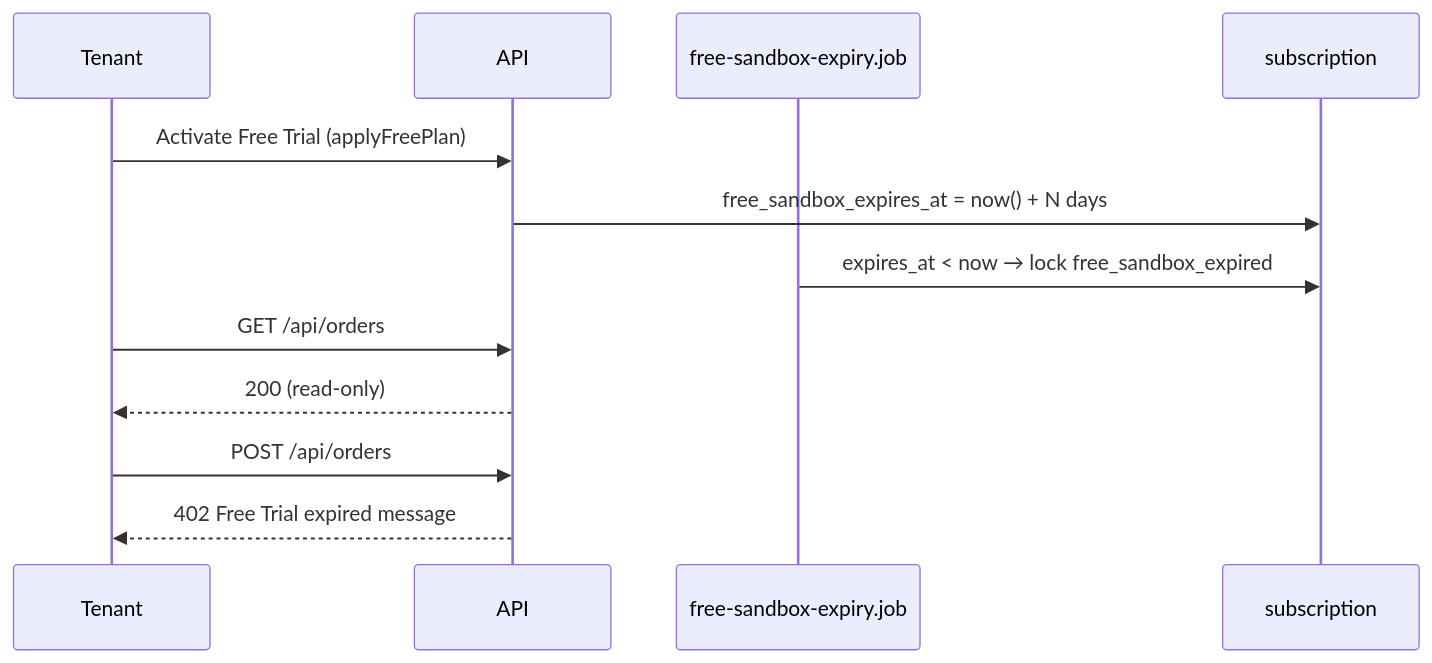
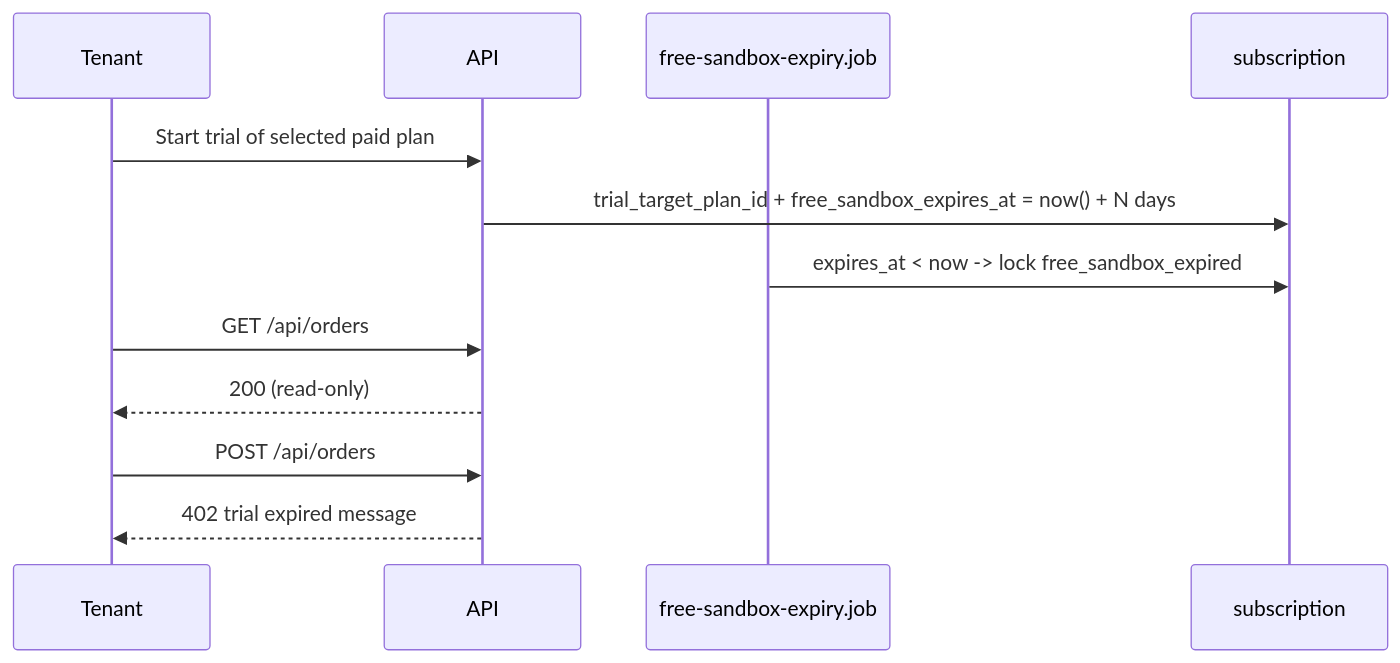
One commit to ghadimdallaldev/supplify_erp changed the diagram in docs/features/free-trial-expiry.md. Above: the diagram before and after it, drawn with Mermaid. The commit also changed other lines of this file and 215 other files, not shown here.

````diff
--- a/docs/features/free-trial-expiry.md
+++ b/docs/features/free-trial-expiry.md
@@ -23,15 +25,15 @@
 ```mermaid
 sequenceDiagram
   participant Tenant
   participant API
   participant Job as free-sandbox-expiry.job
   participant DB as subscription
 
-  Tenant->>API: Activate Free Trial (applyFreePlan)
-  API->>DB: free_sandbox_expires_at = now() + N days
-  Job->>DB: expires_at < now → lock free_sandbox_expired
+  Tenant->>API: Start trial of selected paid plan
+  API->>DB: trial_target_plan_id + free_sandbox_expires_at = now() + N days
+  Job->>DB: expires_at < now -> lock free_sandbox_expired
   Tenant->>API: GET /api/orders
   API-->>Tenant: 200 (read-only)
   Tenant->>API: POST /api/orders
-  API-->>Tenant: 402 Free Trial expired message
+  API-->>Tenant: 402 trial expired message
 ```
````
